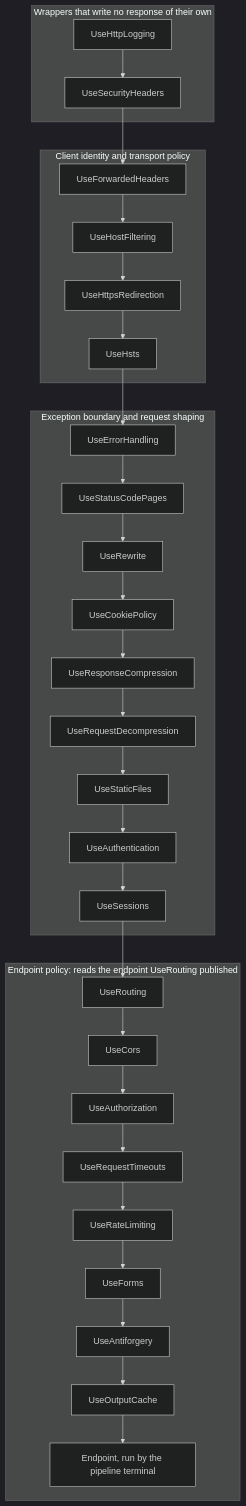
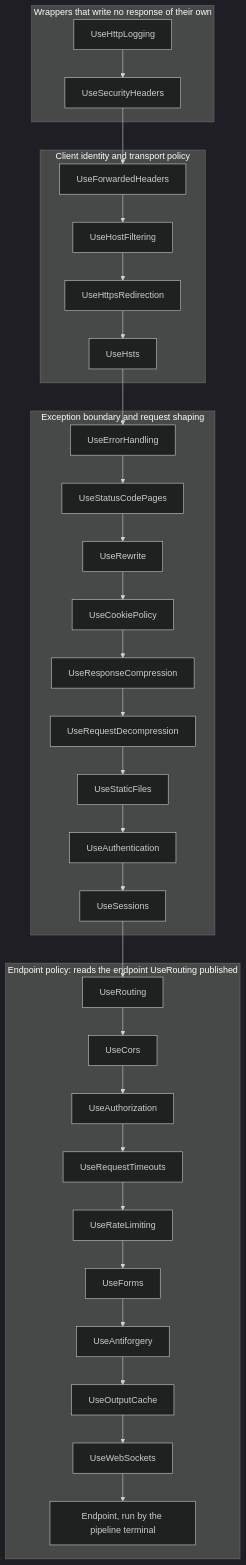
The diagram in docs/resources/Web/MIDDLEWARE_ORDER.md (assimalign/cohesion), drawn with Mermaid (dark theme) before and after one commit. The commit also changed other lines of this file and 90 other files, not shown here.

First line of the commit message:
feat(web): add server WebSockets over HTTP/1.1 [L01.01.11.35]

````diff
--- a/docs/resources/Web/MIDDLEWARE_ORDER.md
+++ b/docs/resources/Web/MIDDLEWARE_ORDER.md
@@ -16,18 +16,18 @@
 ```mermaid
 flowchart TD
     subgraph Outer["Wrappers that write no response of their own"]
         Logging["UseHttpLogging"] --> Headers["UseSecurityHeaders"]
     end
     subgraph Identity["Client identity and transport policy"]
         Forwarded["UseForwardedHeaders"] --> Hosts["UseHostFiltering"] --> Https["UseHttpsRedirection"] --> Hsts["UseHsts"]
     end
     subgraph Shaping["Exception boundary and request shaping"]
         Errors["UseErrorHandling"] --> Pages["UseStatusCodePages"] --> Rewrite["UseRewrite"] --> Cookies["UseCookiePolicy"] --> Compress["UseResponseCompression"] --> Decompress["UseRequestDecompression"] --> Static["UseStaticFiles"] --> Authn["UseAuthentication"] --> Sessions["UseSessions"]
     end
     subgraph Policy["Endpoint policy: reads the endpoint UseRouting published"]
-        Routing["UseRouting"] --> Cors["UseCors"] --> Authz["UseAuthorization"] --> Timeouts["UseRequestTimeouts"] --> Limits["UseRateLimiting"] --> Forms["UseForms"] --> Csrf["UseAntiforgery"] --> Cache["UseOutputCache"] --> Endpoint["Endpoint, run by the pipeline terminal"]
+        Routing["UseRouting"] --> Cors["UseCors"] --> Authz["UseAuthorization"] --> Timeouts["UseRequestTimeouts"] --> Limits["UseRateLimiting"] --> Forms["UseForms"] --> Csrf["UseAntiforgery"] --> Cache["UseOutputCache"] --> Sockets["UseWebSockets"] --> Endpoint["Endpoint, run by the pipeline terminal"]
     end
     Headers --> Forwarded
     Hsts --> Errors
     Sessions --> Routing
 ```
````
